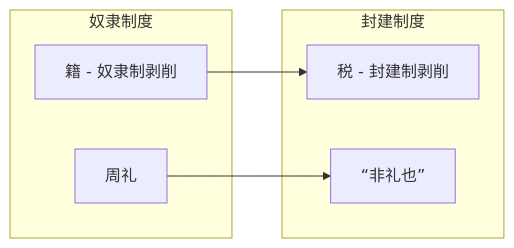
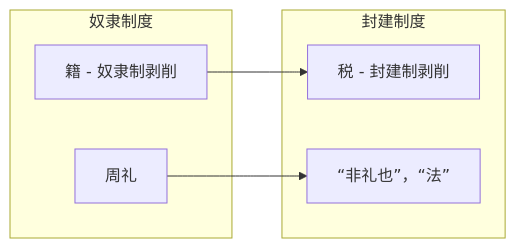
Before and after one commit to gggliuye/gggliuye.github.io: the diagram in Philosophy/eastern/fyl_history.md, drawn with Mermaid. The commit also changed other lines of this file and 23 other files, not shown here.

```diff
--- a/Philosophy/eastern/fyl_history.md
+++ b/Philosophy/eastern/fyl_history.md
@@ -12,13 +25,13 @@
   <pre class="mermaid">
         graph LR
         subgraph "奴隶制度"
         A["籍 - 奴隶制剥削"]
         C["周礼"]
         end
         subgraph "封建制度"
         B["税 - 封建制剥削"]
-        D["“非礼也”"]
+        D["“非礼也”，“法”"]
         end
         A --> B
         C --> D
   </pre>
```
